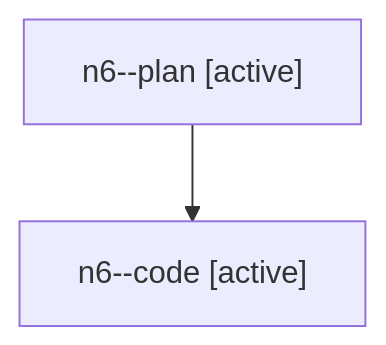
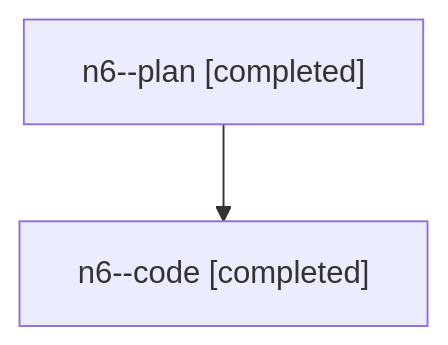
Before and after one commit to sase-org/sase--agents: the diagram in families/bbugyi200.athena.n6.md, drawn with Mermaid. The commit also changed other lines of this file and 1002 other files, not shown here.

````diff
--- a/families/bbugyi200.athena.n6.md
+++ b/families/bbugyi200.athena.n6.md
@@ -9,6 +9,6 @@
 ```mermaid
 flowchart TD
-  n0["n6--plan [active]"]
-  n1["n6--code [active]"]
+  n0["n6--plan [completed]"]
+  n1["n6--code [completed]"]
   n0 --> n1
 ```
````
